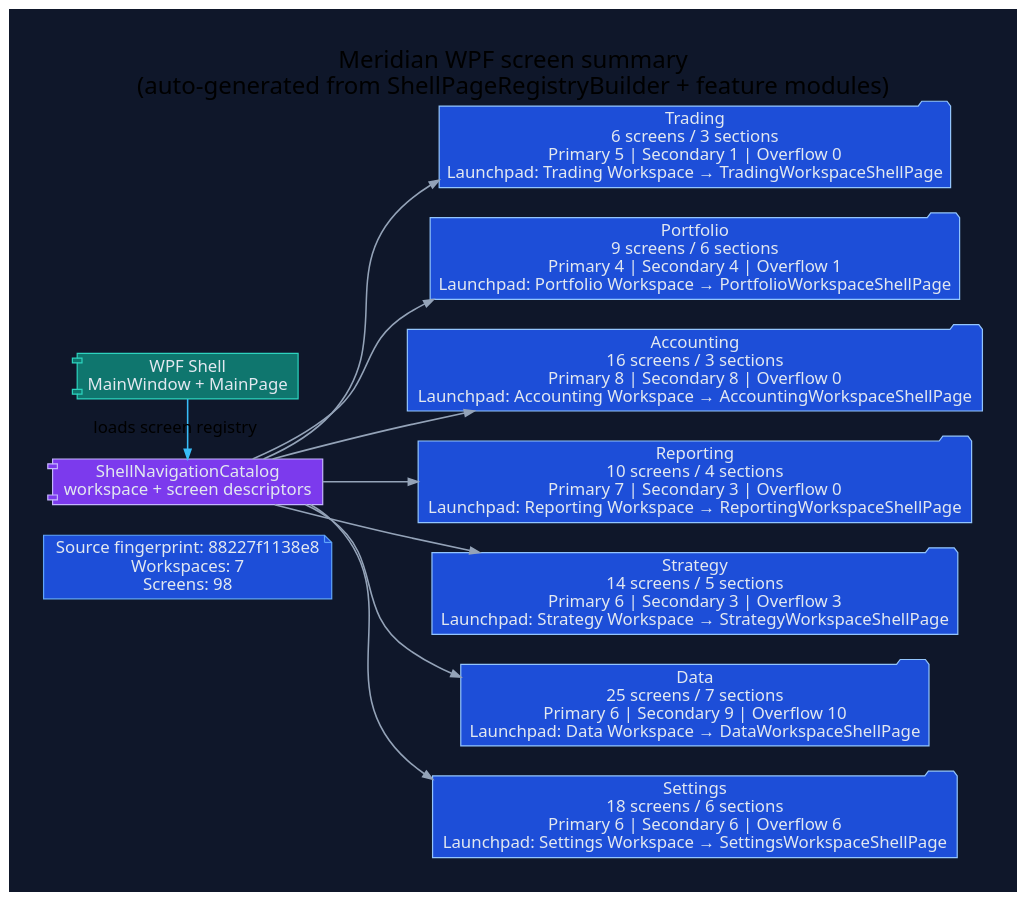
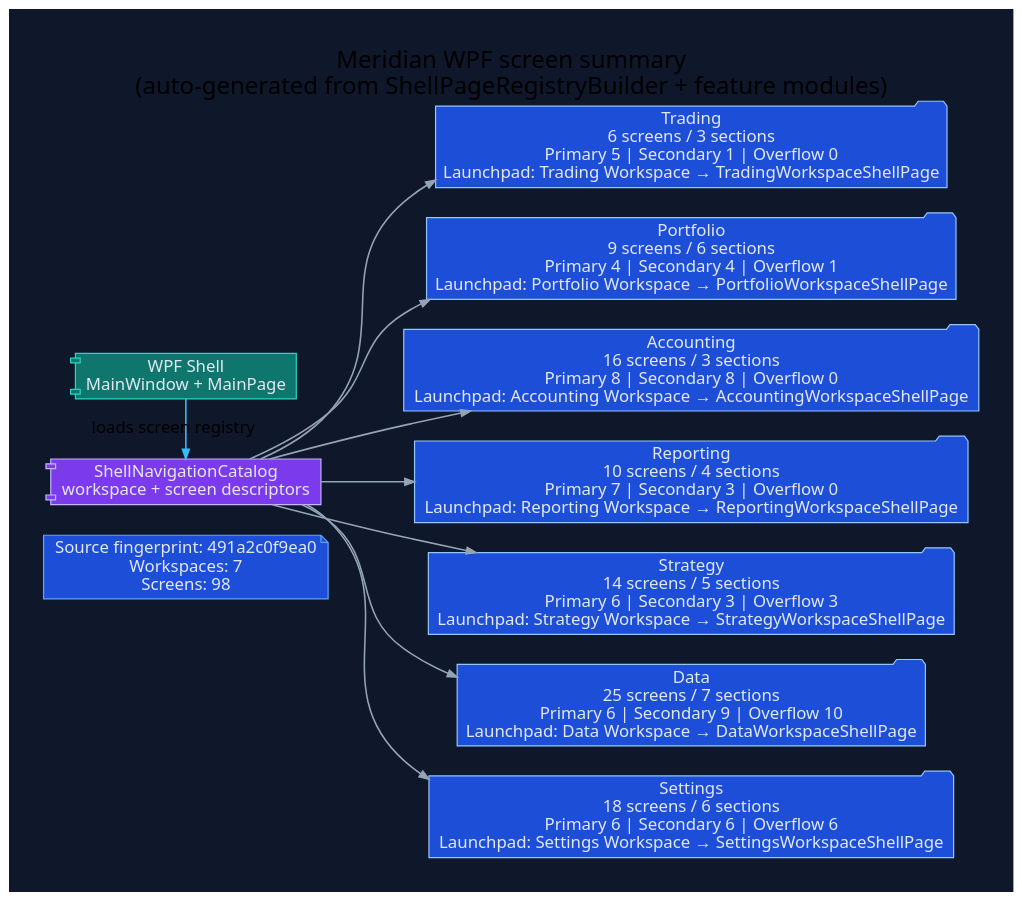
The diagram in docs/diagrams/ui-wpf-screen-summary.dot (rodoHasArrived/Meridian-main), drawn with Graphviz before and after one commit. The commit also changed 21 other files, not shown here.

First line of the commit message:
Regenerate WPF UI diagrams for the updated source fingerprint

```diff
--- a/docs/diagrams/ui-wpf-screen-summary.dot
+++ b/docs/diagrams/ui-wpf-screen-summary.dot
@@ -1,42 +1,42 @@
 // -----------------------------------------------------------------------------
 // <auto-generated>
 // Generated by scripts/generate-diagrams.mjs.
 // Do not edit this file directly; update the WPF source files instead.
 // -----------------------------------------------------------------------------
 digraph WpfScreenSummary {
   graph [
     rankdir=LR,
     labelloc=t,
     label="Meridian WPF screen summary\n(auto-generated from ShellPageRegistryBuilder + feature modules)",
     fontname="Segoe UI",
     fontsize=20,
     pad=0.4,
     nodesep=0.35,
     ranksep=0.85,
     bgcolor="#0f172a"
   ];
   node [fontname="Segoe UI", shape=box, style="rounded,filled", color="#475569", fontcolor="#e2e8f0", fillcolor="#1e293b"];
   edge [fontname="Segoe UI", color="#94a3b8", penwidth=1.3, arrowsize=0.8];
 
-  generated [shape=note, fillcolor="#1d4ed8", color="#60a5fa", label="Source fingerprint: 88227f1138e8\nWorkspaces: 7\nScreens: 98"];
+  generated [shape=note, fillcolor="#1d4ed8", color="#60a5fa", label="Source fingerprint: 491a2c0f9ea0\nWorkspaces: 7\nScreens: 98"];
   shell [shape=component, fillcolor="#0f766e", color="#2dd4bf", label="WPF Shell\nMainWindow + MainPage"];
   catalog [shape=component, fillcolor="#7c3aed", color="#c4b5fd", label="ShellNavigationCatalog\nworkspace + screen descriptors"];
   shell -> catalog [label="loads screen registry", color="#38bdf8"];
 
   workspace_1 [shape=folder, fillcolor="#1d4ed8", color="#93c5fd", label="Trading\n6 screens / 3 sections\nPrimary 5 | Secondary 1 | Overflow 0\nLaunchpad: Trading Workspace → TradingWorkspaceShellPage"];
   catalog -> workspace_1;
   workspace_2 [shape=folder, fillcolor="#1d4ed8", color="#93c5fd", label="Portfolio\n9 screens / 6 sections\nPrimary 4 | Secondary 4 | Overflow 1\nLaunchpad: Portfolio Workspace → PortfolioWorkspaceShellPage"];
   catalog -> workspace_2;
   workspace_3 [shape=folder, fillcolor="#1d4ed8", color="#93c5fd", label="Accounting\n16 screens / 3 sections\nPrimary 8 | Secondary 8 | Overflow 0\nLaunchpad: Accounting Workspace → AccountingWorkspaceShellPage"];
   catalog -> workspace_3;
   workspace_4 [shape=folder, fillcolor="#1d4ed8", color="#93c5fd", label="Reporting\n10 screens / 4 sections\nPrimary 7 | Secondary 3 | Overflow 0\nLaunchpad: Reporting Workspace → ReportingWorkspaceShellPage"];
   catalog -> workspace_4;
   workspace_5 [shape=folder, fillcolor="#1d4ed8", color="#93c5fd", label="Strategy\n14 screens / 5 sections\nPrimary 6 | Secondary 3 | Overflow 3\nLaunchpad: Strategy Workspace → StrategyWorkspaceShellPage"];
   catalog -> workspace_5;
   workspace_6 [shape=folder, fillcolor="#1d4ed8", color="#93c5fd", label="Data\n25 screens / 7 sections\nPrimary 6 | Secondary 9 | Overflow 10\nLaunchpad: Data Workspace → DataWorkspaceShellPage"];
   catalog -> workspace_6;
   workspace_7 [shape=folder, fillcolor="#1d4ed8", color="#93c5fd", label="Settings\n18 screens / 6 sections\nPrimary 6 | Secondary 6 | Overflow 6\nLaunchpad: Settings Workspace → SettingsWorkspaceShellPage"];
   catalog -> workspace_7;
 
   { rank=min; generated; shell; catalog; }
 }
```
